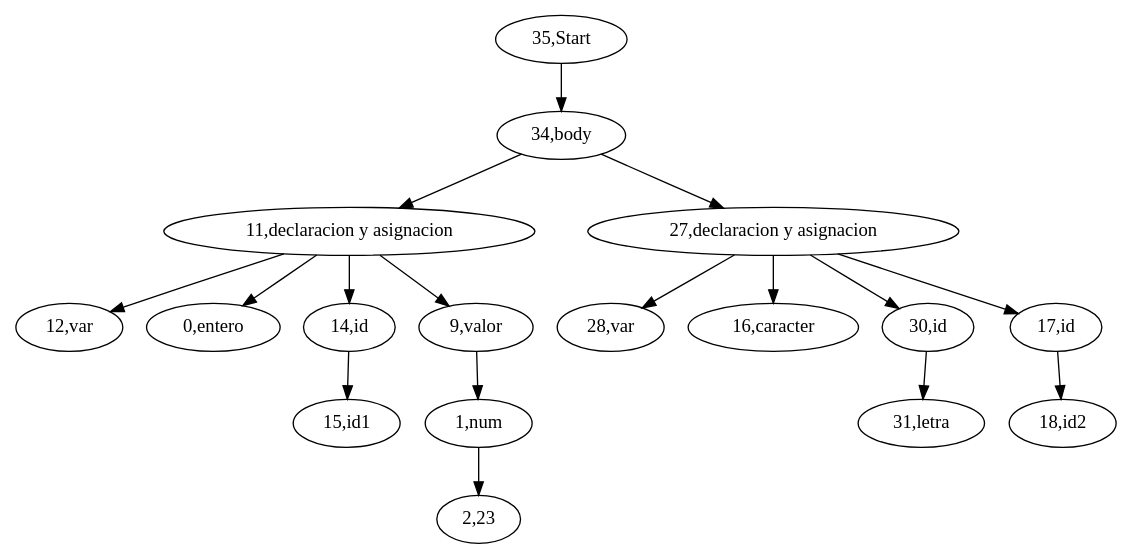
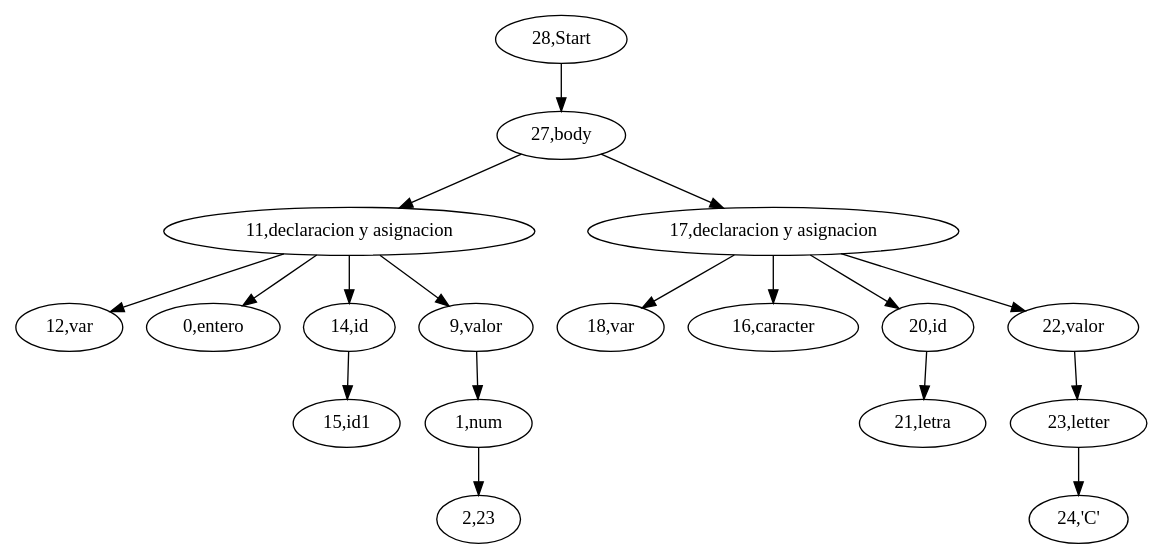
Before and after one commit to mata889/Compilacion_Proyect: the diagram in src/AST/AST.dot, drawn with Graphviz. The commit also changed 3 other files, not shown here.

```diff
--- a/src/AST/AST.dot
+++ b/src/AST/AST.dot
@@ -1,19 +1,20 @@
 digraph {
-"35,Start" -> "34,body";
-"34,body" -> "11,declaracion y asignacion";
+"28,Start" -> "27,body";
+"27,body" -> "11,declaracion y asignacion";
 "11,declaracion y asignacion" -> "12,var";
 "11,declaracion y asignacion" -> "0,entero";
 "11,declaracion y asignacion" -> "14,id";
 "14,id" -> "15,id1";
 "11,declaracion y asignacion" -> "9,valor";
 "9,valor" -> "1,num";
 "1,num" -> "2,23";
-"34,body" -> "27,declaracion y asignacion";
-"27,declaracion y asignacion" -> "28,var";
-"27,declaracion y asignacion" -> "16,caracter";
-"27,declaracion y asignacion" -> "30,id";
-"30,id" -> "31,letra";
-"27,declaracion y asignacion" -> "17,id";
-"17,id" -> "18,id2";
+"27,body" -> "17,declaracion y asignacion";
+"17,declaracion y asignacion" -> "18,var";
+"17,declaracion y asignacion" -> "16,caracter";
+"17,declaracion y asignacion" -> "20,id";
+"20,id" -> "21,letra";
+"17,declaracion y asignacion" -> "22,valor";
+"22,valor" -> "23,letter";
+"23,letter" -> "24,'C'";
 
 }
```
